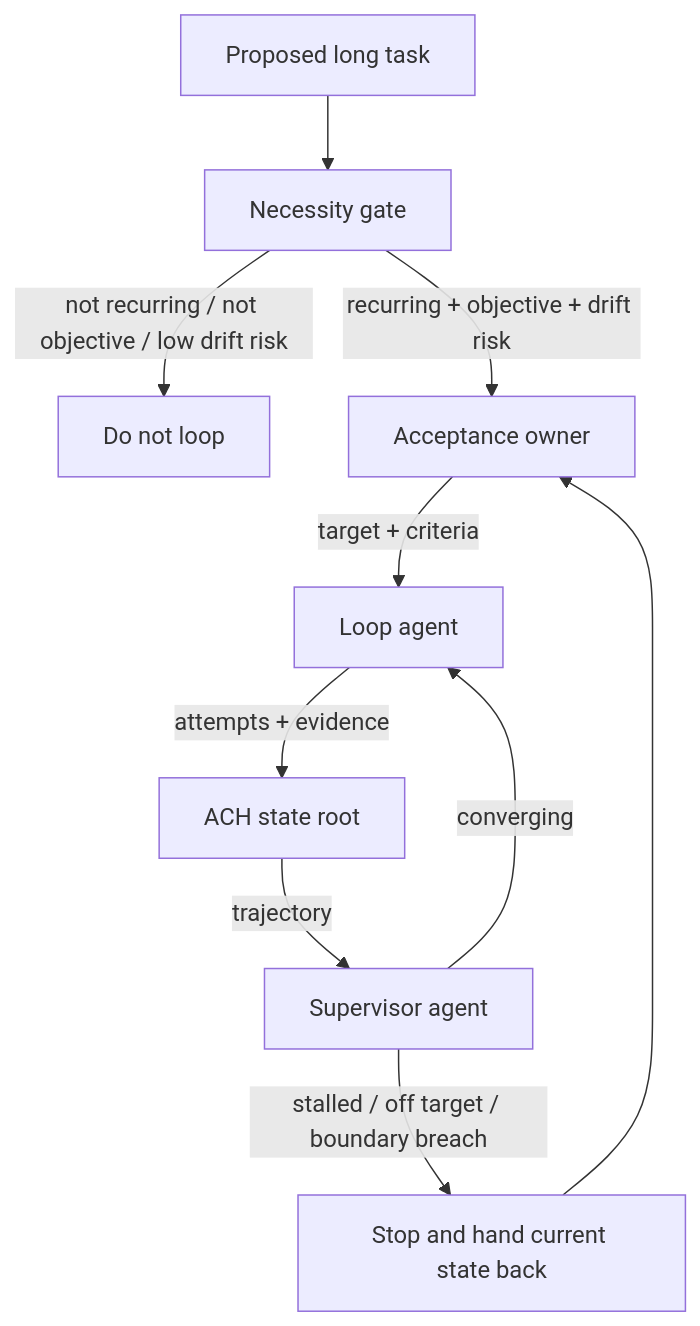
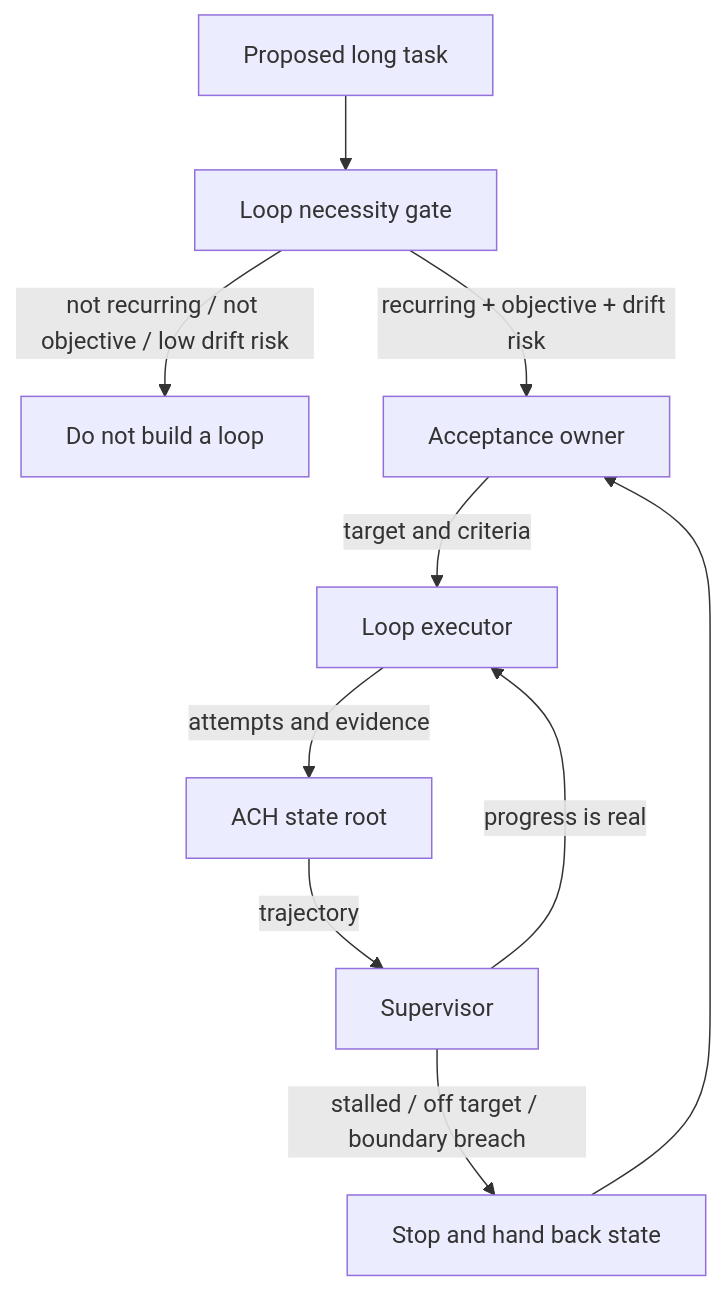
One commit to bagbag16/loop-builder changed the diagram in README.md. Above: the diagram before and after it, drawn with Mermaid. The commit also changed other lines of this file, not shown here.

````diff
--- a/README.md
+++ b/README.md
@@ -20,12 +12,12 @@
 ```mermaid
 flowchart TD
-  T["Proposed long task"] --> G["Necessity gate"]
-  G -->|"not recurring / not objective / low drift risk"| N["Do not loop"]
+  T["Proposed long task"] --> G["Loop necessity gate"]
+  G -->|"not recurring / not objective / low drift risk"| N["Do not build a loop"]
   G -->|"recurring + objective + drift risk"| A["Acceptance owner"]
-  A -->|"target + criteria"| L["Loop agent"]
-  L -->|"attempts + evidence"| S["ACH state root"]
-  S -->|"trajectory"| R["Supervisor agent"]
-  R -->|"converging"| L
-  R -->|"stalled / off target / boundary breach"| H["Stop and hand current state back"]
+  A -->|"target and criteria"| L["Loop executor"]
+  L -->|"attempts and evidence"| S["ACH state root"]
+  S -->|"trajectory"| R["Supervisor"]
+  R -->|"progress is real"| L
+  R -->|"stalled / off target / boundary breach"| H["Stop and hand back state"]
   H --> A
 ```
````
